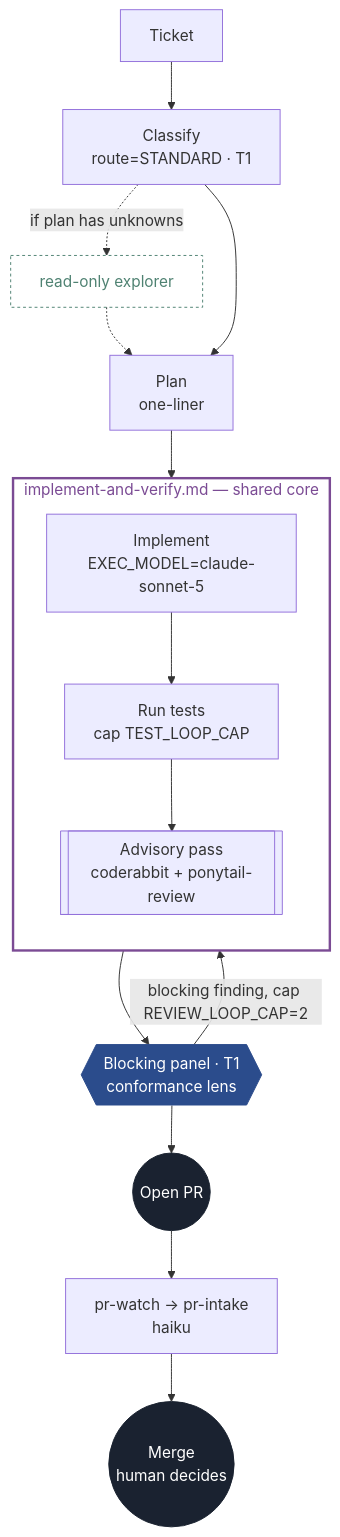
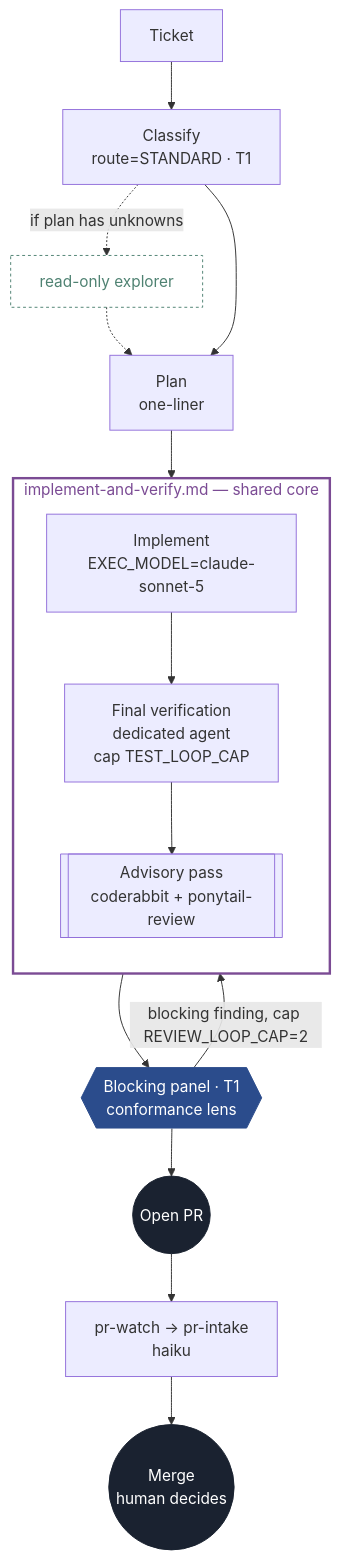
Before and after one commit to aanojima/software-factory: the second of 8 diagrams in README.md, drawn with Mermaid. The commit also changed other lines of this file and 24 other files, not shown here.

Commit message:
Add dedicated verification and harden plugin migration

````diff
--- a/README.md
+++ b/README.md
@@ -168,27 +172,27 @@
 ```mermaid
 flowchart TD
     classDef advisory fill:transparent,stroke:#4F8272,color:#4F8272,stroke-width:1px,stroke-dasharray:3 3;
     classDef block fill:#2B4C8C,stroke:#2B4C8C,color:#fff;
     classDef gate fill:transparent,stroke:#B5651D,color:#B5651D,stroke-width:2px;
     classDef terminal fill:#1A2230,stroke:#1A2230,color:#fff;
     classDef core fill:transparent,stroke:#7B4B94,color:#7B4B94,stroke-width:2.5px;
     A[Ticket] --> B0["Classify<br/>route=STANDARD · T1"]
     B0 -.->|if plan has unknowns| X["read-only explorer"]
     X -.-> P
     B0 --> P["Plan<br/>one-liner"]
     P --> B
     subgraph CORE2["implement-and-verify.md — shared core"]
         direction TB
-        B["Implement<br/>EXEC_MODEL=claude-sonnet-5"] --> C["Run tests<br/>cap TEST_LOOP_CAP"]
+        B["Implement<br/>EXEC_MODEL=claude-sonnet-5"] --> C["Final verification<br/>dedicated agent<br/>cap TEST_LOOP_CAP"]
         C --> D[["Advisory pass<br/>coderabbit + ponytail-review"]]
     end
     D --> F{{"Blocking panel · T1<br/>conformance lens"}}
     F -->|blocking finding, cap REVIEW_LOOP_CAP=2| B
     F --> G(("Open PR"))
     G --> H["pr-watch → pr-intake<br/>haiku"]
     H --> I(("Merge<br/>human decides"))
     class X advisory
     class F block
     class G,I terminal
     class CORE2 core
 ```
````
